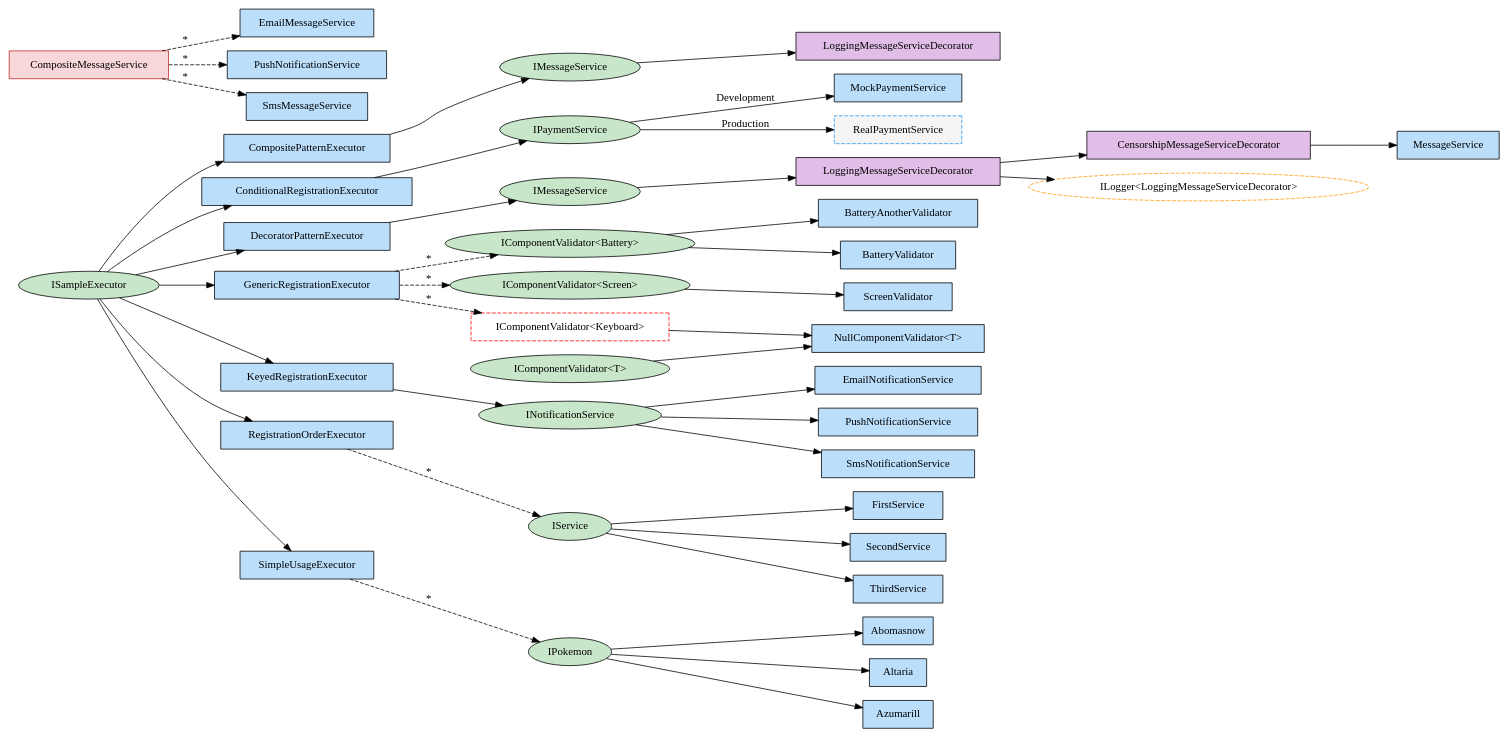
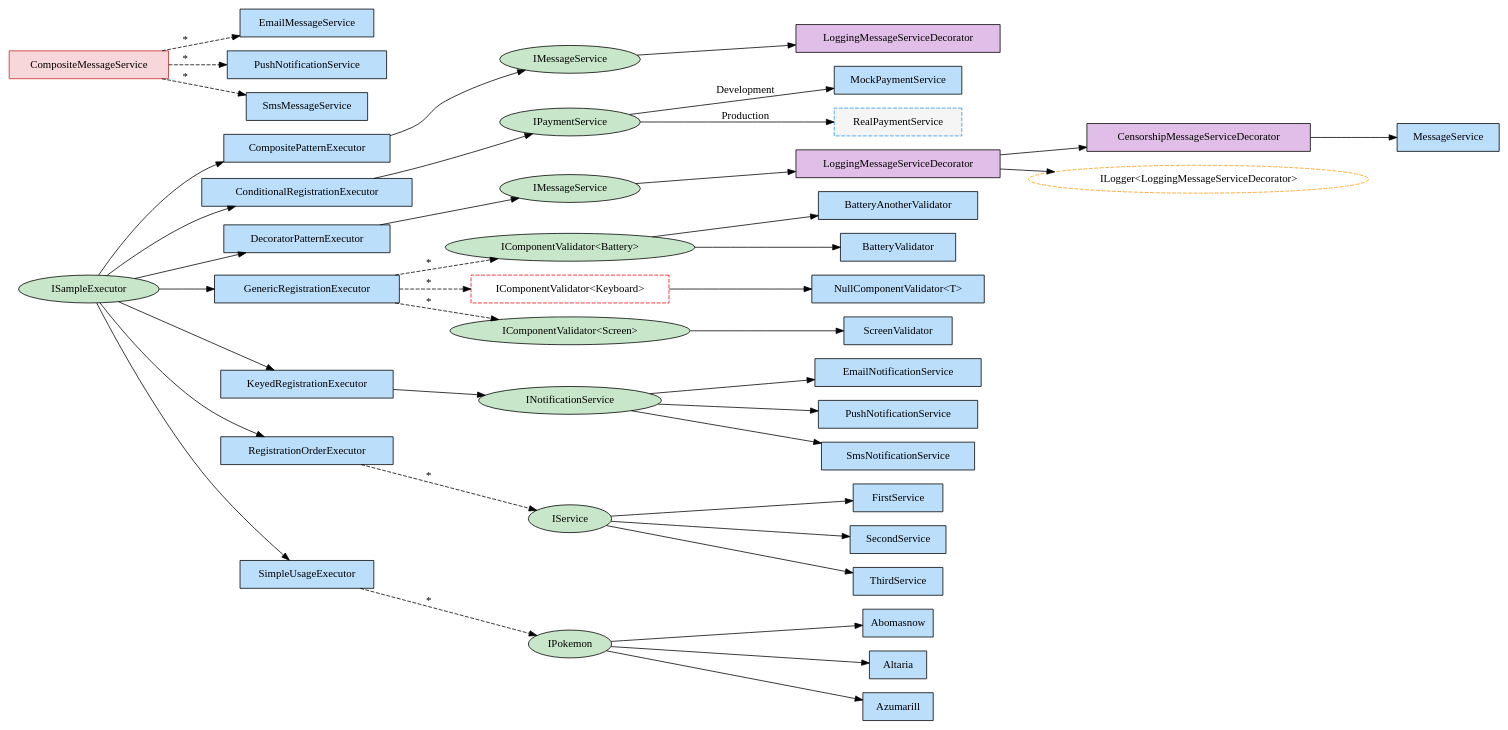
One commit to arika0093/Qudi changed the diagram in examples/Qudi.Example.Readme/exported/all.dot. Above: the diagram before and after it, drawn with Graphviz.

Commit message:
output fix

```diff
--- a/examples/Qudi.Example.Readme/exported/all.dot
+++ b/examples/Qudi.Example.Readme/exported/all.dot
@@ -1,86 +1,84 @@
 digraph Qudi {
   rankdir=LR;
 node [shape=box, fontname="Consolas"];
   "Qudi.Examples.SimpleUsage.Abomasnow" [label="Abomasnow", shape=box, style=filled, fillcolor="#bbdefb"];
   "Qudi.Examples.SimpleUsage.Altaria" [label="Altaria", shape=box, style=filled, fillcolor="#bbdefb"];
   "Qudi.Examples.SimpleUsage.Azumarill" [label="Azumarill", shape=box, style=filled, fillcolor="#bbdefb"];
   "Qudi.Examples.GenericRegistration.BatteryAnotherValidator" [label="BatteryAnotherValidator", shape=box, style=filled, fillcolor="#bbdefb"];
   "Qudi.Examples.GenericRegistration.BatteryValidator" [label="BatteryValidator", shape=box, style=filled, fillcolor="#bbdefb"];
   "Qudi.Examples.DecoratorPattern.CensorshipMessageServiceDecorator" [label="CensorshipMessageServiceDecorator", shape=box, style=filled, fillcolor="#e1bee7"];
   "Qudi.Examples.CompositePattern.CompositeMessageService" [label="CompositeMessageService", shape=box, style=filled, fillcolor="#f8d7da", color="#c62828"];
   "Qudi.Examples.CompositePattern.CompositePatternExecutor" [label="CompositePatternExecutor", shape=box, style=filled, fillcolor="#bbdefb"];
   "Qudi.Examples.ConditionalRegistration.ConditionalRegistrationExecutor" [label="ConditionalRegistrationExecutor", shape=box, style=filled, fillcolor="#bbdefb"];
   "Qudi.Examples.DecoratorPattern.DecoratorPatternExecutor" [label="DecoratorPatternExecutor", shape=box, style=filled, fillcolor="#bbdefb"];
   "Qudi.Examples.CompositePattern.EmailMessageService" [label="EmailMessageService", shape=box, style=filled, fillcolor="#bbdefb"];
   "Qudi.Examples.KeyedRegistration.EmailNotificationService" [label="EmailNotificationService", shape=box, style=filled, fillcolor="#bbdefb"];
   "Qudi.Examples.RegistrationOrder.FirstService" [label="FirstService", shape=box, style=filled, fillcolor="#bbdefb"];
   "Qudi.Examples.GenericRegistration.GenericRegistrationExecutor" [label="GenericRegistrationExecutor", shape=box, style=filled, fillcolor="#bbdefb"];
   "Qudi.Examples.GenericRegistration.IComponentValidator<Qudi.Examples.GenericRegistration.Battery>" [label="IComponentValidator<Battery>", shape=ellipse, style=filled, fillcolor="#c8e6c9"];
   "Qudi.Examples.GenericRegistration.IComponentValidator<Qudi.Examples.GenericRegistration.Keyboard>" [label="IComponentValidator<Keyboard>", shape=box, style=dashed, color=red];
   "Qudi.Examples.GenericRegistration.IComponentValidator<Qudi.Examples.GenericRegistration.Screen>" [label="IComponentValidator<Screen>", shape=ellipse, style=filled, fillcolor="#c8e6c9"];
-  "Qudi.Examples.GenericRegistration.IComponentValidator<T>" [label="IComponentValidator<T>", shape=ellipse, style=filled, fillcolor="#c8e6c9"];
   "Microsoft.Extensions.Logging.ILogger<Qudi.Examples.DecoratorPattern.LoggingMessageServiceDecorator>" [label="ILogger<LoggingMessageServiceDecorator>", shape=ellipse, style=dashed, fillcolor="#ffe0b2", color="#ff9800"];
   "Qudi.Examples.CompositePattern.IMessageService" [label="IMessageService", shape=ellipse, style=filled, fillcolor="#c8e6c9"];
   "Qudi.Examples.DecoratorPattern.IMessageService" [label="IMessageService", shape=ellipse, style=filled, fillcolor="#c8e6c9"];
   "Qudi.Examples.KeyedRegistration.INotificationService" [label="INotificationService", shape=ellipse, style=filled, fillcolor="#c8e6c9"];
   "Qudi.Examples.ConditionalRegistration.IPaymentService" [label="IPaymentService", shape=ellipse, style=filled, fillcolor="#c8e6c9"];
   "Qudi.Examples.SimpleUsage.IPokemon" [label="IPokemon", shape=ellipse, style=filled, fillcolor="#c8e6c9"];
   "Qudi.Examples.ISampleExecutor" [label="ISampleExecutor", shape=ellipse, style=filled, fillcolor="#c8e6c9"];
   "Qudi.Examples.RegistrationOrder.IService" [label="IService", shape=ellipse, style=filled, fillcolor="#c8e6c9"];
   "Qudi.Examples.KeyedRegistration.KeyedRegistrationExecutor" [label="KeyedRegistrationExecutor", shape=box, style=filled, fillcolor="#bbdefb"];
   "Qudi.Examples.CompositePattern.LoggingMessageServiceDecorator" [label="LoggingMessageServiceDecorator", shape=box, style=filled, fillcolor="#e1bee7"];
   "Qudi.Examples.DecoratorPattern.LoggingMessageServiceDecorator" [label="LoggingMessageServiceDecorator", shape=box, style=filled, fillcolor="#e1bee7"];
   "Qudi.Examples.DecoratorPattern.MessageService" [label="MessageService", shape=box, style=filled, fillcolor="#bbdefb"];
   "Qudi.Examples.ConditionalRegistration.MockPaymentService" [label="MockPaymentService", shape=box, style=filled, fillcolor="#bbdefb"];
   "Qudi.Examples.GenericRegistration.NullComponentValidator<T>" [label="NullComponentValidator<T>", shape=box, style=filled, fillcolor="#bbdefb"];
   "Qudi.Examples.CompositePattern.PushNotificationService" [label="PushNotificationService", shape=box, style=filled, fillcolor="#bbdefb"];
   "Qudi.Examples.KeyedRegistration.PushNotificationService" [label="PushNotificationService", shape=box, style=filled, fillcolor="#bbdefb"];
   "Qudi.Examples.ConditionalRegistration.RealPaymentService" [label="RealPaymentService", shape=box, style="filled,dashed", fillcolor="#f5f5f5", color="#2196f3"];
   "Qudi.Examples.RegistrationOrder.RegistrationOrderExecutor" [label="RegistrationOrderExecutor", shape=box, style=filled, fillcolor="#bbdefb"];
   "Qudi.Examples.GenericRegistration.ScreenValidator" [label="ScreenValidator", shape=box, style=filled, fillcolor="#bbdefb"];
   "Qudi.Examples.RegistrationOrder.SecondService" [label="SecondService", shape=box, style=filled, fillcolor="#bbdefb"];
   "Qudi.Examples.SimpleUsage.SimpleUsageExecutor" [label="SimpleUsageExecutor", shape=box, style=filled, fillcolor="#bbdefb"];
   "Qudi.Examples.CompositePattern.SmsMessageService" [label="SmsMessageService", shape=box, style=filled, fillcolor="#bbdefb"];
   "Qudi.Examples.KeyedRegistration.SmsNotificationService" [label="SmsNotificationService", shape=box, style=filled, fillcolor="#bbdefb"];
   "Qudi.Examples.RegistrationOrder.ThirdService" [label="ThirdService", shape=box, style=filled, fillcolor="#bbdefb"];
   "Qudi.Examples.SimpleUsage.IPokemon" -> "Qudi.Examples.SimpleUsage.Altaria";
   "Qudi.Examples.ISampleExecutor" -> "Qudi.Examples.CompositePattern.CompositePatternExecutor";
   "Qudi.Examples.CompositePattern.CompositePatternExecutor" -> "Qudi.Examples.CompositePattern.IMessageService";
   "Qudi.Examples.ConditionalRegistration.IPaymentService" -> "Qudi.Examples.ConditionalRegistration.MockPaymentService" [label="Development"];
   "Qudi.Examples.ConditionalRegistration.IPaymentService" -> "Qudi.Examples.ConditionalRegistration.RealPaymentService" [label="Production"];
   "Qudi.Examples.ISampleExecutor" -> "Qudi.Examples.ConditionalRegistration.ConditionalRegistrationExecutor";
   "Qudi.Examples.ConditionalRegistration.ConditionalRegistrationExecutor" -> "Qudi.Examples.ConditionalRegistration.IPaymentService";
   "Qudi.Examples.ISampleExecutor" -> "Qudi.Examples.DecoratorPattern.DecoratorPatternExecutor";
   "Qudi.Examples.DecoratorPattern.DecoratorPatternExecutor" -> "Qudi.Examples.DecoratorPattern.IMessageService";
-  "Qudi.Examples.GenericRegistration.IComponentValidator<T>" -> "Qudi.Examples.GenericRegistration.NullComponentValidator<T>";
   "Qudi.Examples.GenericRegistration.IComponentValidator<Qudi.Examples.GenericRegistration.Battery>" -> "Qudi.Examples.GenericRegistration.BatteryValidator";
   "Qudi.Examples.GenericRegistration.IComponentValidator<Qudi.Examples.GenericRegistration.Battery>" -> "Qudi.Examples.GenericRegistration.BatteryAnotherValidator";
   "Qudi.Examples.GenericRegistration.IComponentValidator<Qudi.Examples.GenericRegistration.Screen>" -> "Qudi.Examples.GenericRegistration.ScreenValidator";
   "Qudi.Examples.ISampleExecutor" -> "Qudi.Examples.GenericRegistration.GenericRegistrationExecutor";
   "Qudi.Examples.GenericRegistration.GenericRegistrationExecutor" -> "Qudi.Examples.GenericRegistration.IComponentValidator<Qudi.Examples.GenericRegistration.Battery>" [label="*", style=dashed];
   "Qudi.Examples.GenericRegistration.GenericRegistrationExecutor" -> "Qudi.Examples.GenericRegistration.IComponentValidator<Qudi.Examples.GenericRegistration.Screen>" [label="*", style=dashed];
   "Qudi.Examples.GenericRegistration.GenericRegistrationExecutor" -> "Qudi.Examples.GenericRegistration.IComponentValidator<Qudi.Examples.GenericRegistration.Keyboard>" [label="*", style=dashed];
   "Qudi.Examples.KeyedRegistration.INotificationService" -> "Qudi.Examples.KeyedRegistration.EmailNotificationService";
   "Qudi.Examples.KeyedRegistration.INotificationService" -> "Qudi.Examples.KeyedRegistration.SmsNotificationService";
   "Qudi.Examples.KeyedRegistration.INotificationService" -> "Qudi.Examples.KeyedRegistration.PushNotificationService";
   "Qudi.Examples.ISampleExecutor" -> "Qudi.Examples.KeyedRegistration.KeyedRegistrationExecutor";
   "Qudi.Examples.KeyedRegistration.KeyedRegistrationExecutor" -> "Qudi.Examples.KeyedRegistration.INotificationService";
   "Qudi.Examples.RegistrationOrder.IService" -> "Qudi.Examples.RegistrationOrder.FirstService";
   "Qudi.Examples.RegistrationOrder.IService" -> "Qudi.Examples.RegistrationOrder.SecondService";
   "Qudi.Examples.RegistrationOrder.IService" -> "Qudi.Examples.RegistrationOrder.ThirdService";
   "Qudi.Examples.ISampleExecutor" -> "Qudi.Examples.RegistrationOrder.RegistrationOrderExecutor";
   "Qudi.Examples.RegistrationOrder.RegistrationOrderExecutor" -> "Qudi.Examples.RegistrationOrder.IService" [label="*", style=dashed];
   "Qudi.Examples.SimpleUsage.IPokemon" -> "Qudi.Examples.SimpleUsage.Abomasnow";
   "Qudi.Examples.ISampleExecutor" -> "Qudi.Examples.SimpleUsage.SimpleUsageExecutor";
   "Qudi.Examples.SimpleUsage.SimpleUsageExecutor" -> "Qudi.Examples.SimpleUsage.IPokemon" [label="*", style=dashed];
   "Qudi.Examples.SimpleUsage.IPokemon" -> "Qudi.Examples.SimpleUsage.Azumarill";
   "Qudi.Examples.CompositePattern.IMessageService" -> "Qudi.Examples.CompositePattern.LoggingMessageServiceDecorator";
   "Qudi.Examples.DecoratorPattern.IMessageService" -> "Qudi.Examples.DecoratorPattern.LoggingMessageServiceDecorator";
   "Qudi.Examples.DecoratorPattern.LoggingMessageServiceDecorator" -> "Qudi.Examples.DecoratorPattern.CensorshipMessageServiceDecorator";
   "Qudi.Examples.DecoratorPattern.LoggingMessageServiceDecorator" -> "Microsoft.Extensions.Logging.ILogger<Qudi.Examples.DecoratorPattern.LoggingMessageServiceDecorator>";
   "Qudi.Examples.DecoratorPattern.CensorshipMessageServiceDecorator" -> "Qudi.Examples.DecoratorPattern.MessageService";
   "Qudi.Examples.CompositePattern.CompositeMessageService" -> "Qudi.Examples.CompositePattern.EmailMessageService" [label="*", style=dashed];
   "Qudi.Examples.CompositePattern.CompositeMessageService" -> "Qudi.Examples.CompositePattern.SmsMessageService" [label="*", style=dashed];
   "Qudi.Examples.CompositePattern.CompositeMessageService" -> "Qudi.Examples.CompositePattern.PushNotificationService" [label="*", style=dashed];
   "Qudi.Examples.GenericRegistration.IComponentValidator<Qudi.Examples.GenericRegistration.Keyboard>" -> "Qudi.Examples.GenericRegistration.NullComponentValidator<T>";
 }
```
